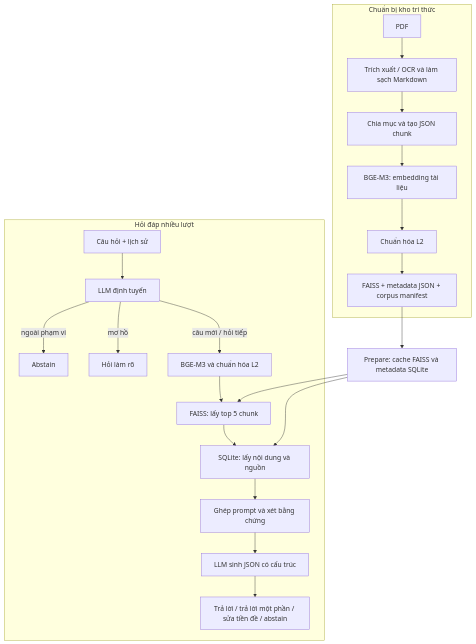
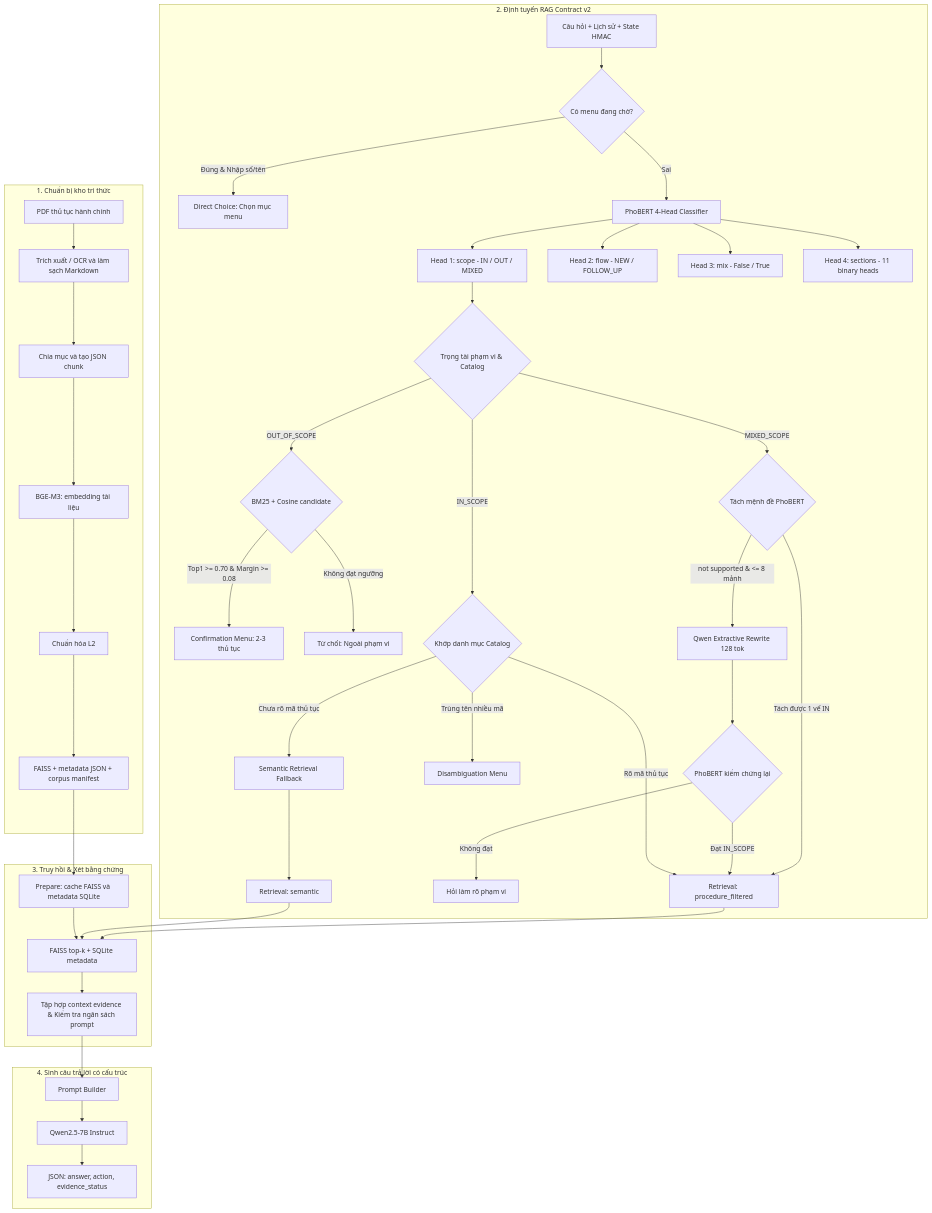
Before and after one commit to qtamtensor05/ViGovBot: the diagram in docs/guides/trien-khai-rag-co-ban.md, drawn with Mermaid. The commit also changed other lines of this file and 6 other files, not shown here.

````diff
--- a/docs/guides/trien-khai-rag-co-ban.md
+++ b/docs/guides/trien-khai-rag-co-ban.md
@@ -37,24 +39,52 @@
 ```mermaid
 flowchart TD
-    subgraph PREP[Chuẩn bị kho tri thức]
-        P[PDF] --> X[Trích xuất / OCR và làm sạch Markdown]
+    subgraph PREP[1. Chuẩn bị kho tri thức]
+        P[PDF thủ tục hành chính] --> X[Trích xuất / OCR và làm sạch Markdown]
         X --> C[Chia mục và tạo JSON chunk]
         C --> E[BGE-M3: embedding tài liệu]
         E --> N[Chuẩn hóa L2]
         N --> F[FAISS + metadata JSON + corpus manifest]
     end
     F --> S[Prepare: cache FAISS và metadata SQLite]
-    subgraph B[Hỏi đáp nhiều lượt]
-        Q[Câu hỏi + lịch sử] --> G[LLM định tuyến]
-        G -->|ngoài phạm vi| AB[Abstain]
-        G -->|mơ hồ| H[Hỏi làm rõ]
-        G -->|câu mới / hỏi tiếp| QE[BGE-M3 và chuẩn hóa L2]
-        QE --> R[FAISS: lấy top 5 chunk]
-        R --> D[SQLite: lấy nội dung và nguồn]
-        D --> T[Ghép prompt và xét bằng chứng]
-        T --> L[LLM sinh JSON có cấu trúc]
-        L --> O[Trả lời / trả lời một phần / sửa tiền đề / abstain]
+
+    subgraph ROUTE[2. Định tuyến RAG Contract v2]
+        Q[Câu hỏi + Lịch sử + State HMAC] --> DC{Có menu đang chờ?}
+        DC -->|Đúng & Nhập số/tên| DCO[Direct Choice: Chọn mục menu]
+        DC -->|Sai| PB[PhoBERT 4-Head Classifier]
+        PB --> H1[Head 1: scope - IN / OUT / MIXED]
+        PB --> H2[Head 2: flow - NEW / FOLLOW_UP]
+        PB --> H3[Head 3: mix - False / True]
+        PB --> H4[Head 4: sections - 11 binary heads]
+        
+        H1 --> ARB{Trọng tài phạm vi & Catalog}
+        ARB -->|OUT_OF_SCOPE| CONF{BM25 + Cosine candidate}
+        CONF -->|Top1 >= 0.70 & Margin >= 0.08| CM[Confirmation Menu: 2-3 thủ tục]
+        CONF -->|Không đạt ngưỡng| AB[Từ chối: Ngoài phạm vi]
+        
+        ARB -->|MIXED_SCOPE| MIX{Tách mệnh đề PhoBERT}
+        MIX -->|Tách được 1 vế IN| RET
+        MIX -->|not supported & <= 8 mảnh| QWEN_EX[Qwen Extractive Rewrite 128 tok]
+        QWEN_EX --> PB_VAL{PhoBERT kiểm chứng lại}
+        PB_VAL -->|Đạt IN_SCOPE| RET
+        PB_VAL -->|Không đạt| CL_MIX[Hỏi làm rõ phạm vi]
+
+        ARB -->|IN_SCOPE| CAT{Khớp danh mục Catalog}
+        CAT -->|Trùng tên nhiều mã| DIS[Disambiguation Menu]
+        CAT -->|Chưa rõ mã thủ tục| FALL[Semantic Retrieval Fallback]
+        CAT -->|Rõ mã thủ tục| RET[Retrieval: procedure_filtered]
+        FALL --> RET_SEM[Retrieval: semantic]
     end
-    S --> R
-    S --> D
+
+    subgraph RETRIEVE[3. Truy hồi & Xét bằng chứng]
+        RET --> FAISS_SRC[FAISS top-k + SQLite metadata]
+        RET_SEM --> FAISS_SRC
+        S --> FAISS_SRC
+        FAISS_SRC --> EV[Tập hợp context evidence & Kiểm tra ngân sách prompt]
+    end
+
+    subgraph GEN[4. Sinh câu trả lời có cấu trúc]
+        EV --> PR[Prompt Builder]
+        PR --> QWEN[Qwen2.5-7B Instruct]
+        QWEN --> OUT[JSON: answer, action, evidence_status]
+    end
 ```
````
